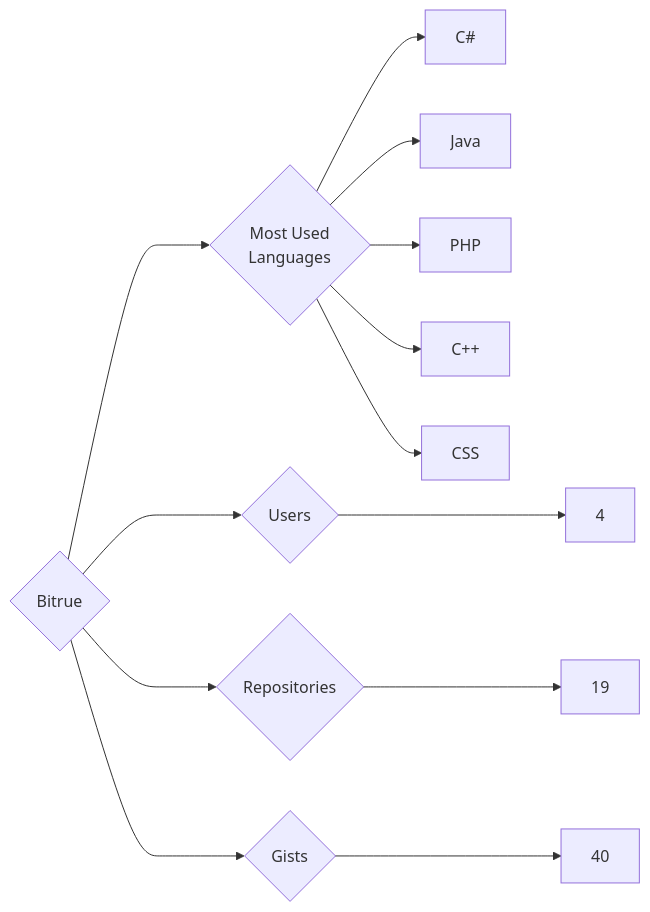
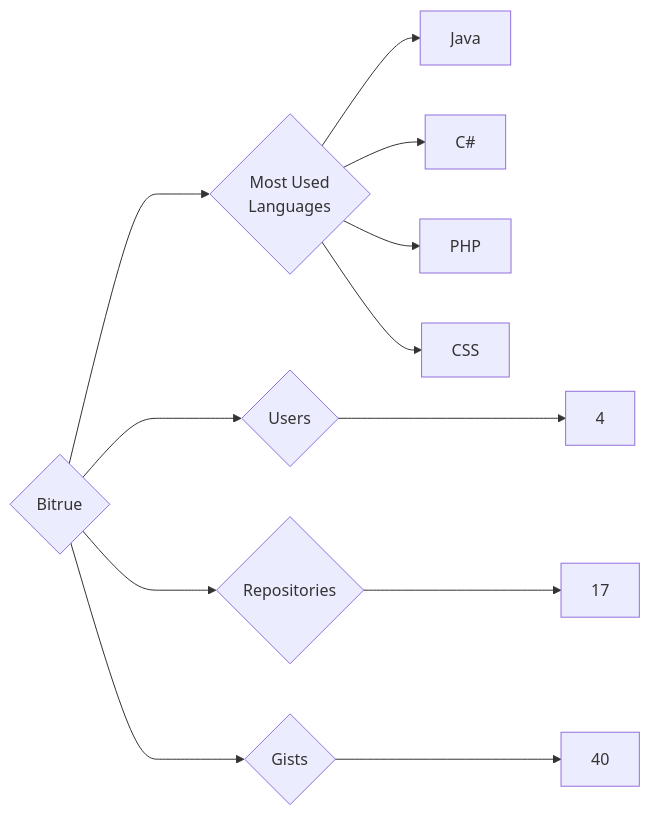
Before and after one commit to trickest/insiders: the diagram in targets/Bitrue/README.md, drawn with Mermaid. The commit also changed 1175 other files, not shown here.

````diff
--- a/targets/Bitrue/README.md
+++ b/targets/Bitrue/README.md
@@ -3,13 +3,12 @@
 ```mermaid
 graph LR
 COMPANY_NAME{Bitrue}
 COMPANY_NAME ---> U{Users} ---> UN[4]
-COMPANY_NAME ---> R{Repositories} ---> RN[19]
+COMPANY_NAME ---> R{Repositories} ---> RN[17]
 COMPANY_NAME ---> G{Gists} ---> GN[40]
 COMPANY_NAME ---> ML{Most Used<br>Languages}
+ML --> Java[Java]
 ML --> C#[C#]
-ML --> Java[Java]
 ML --> PHP[PHP]
-ML --> C++[C++]
 ML --> CSS[CSS]
 ```
````
